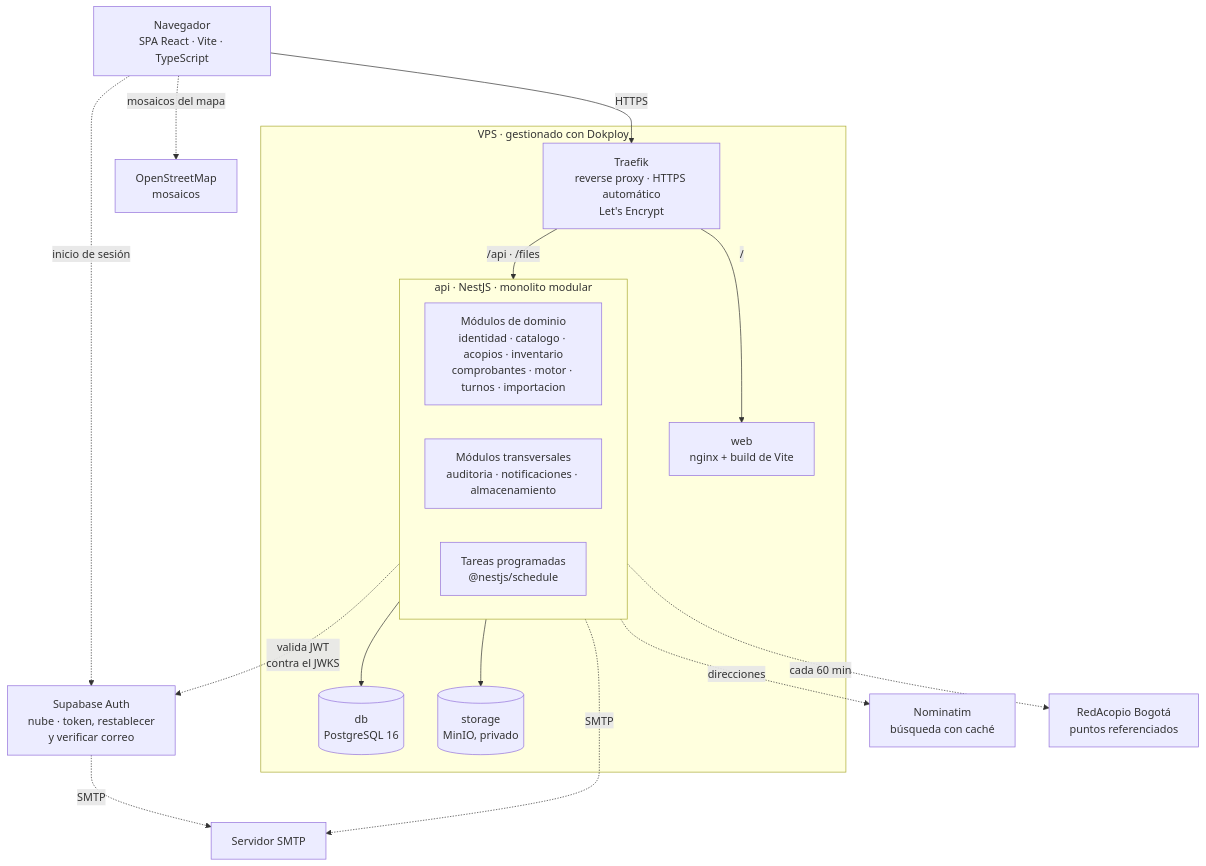
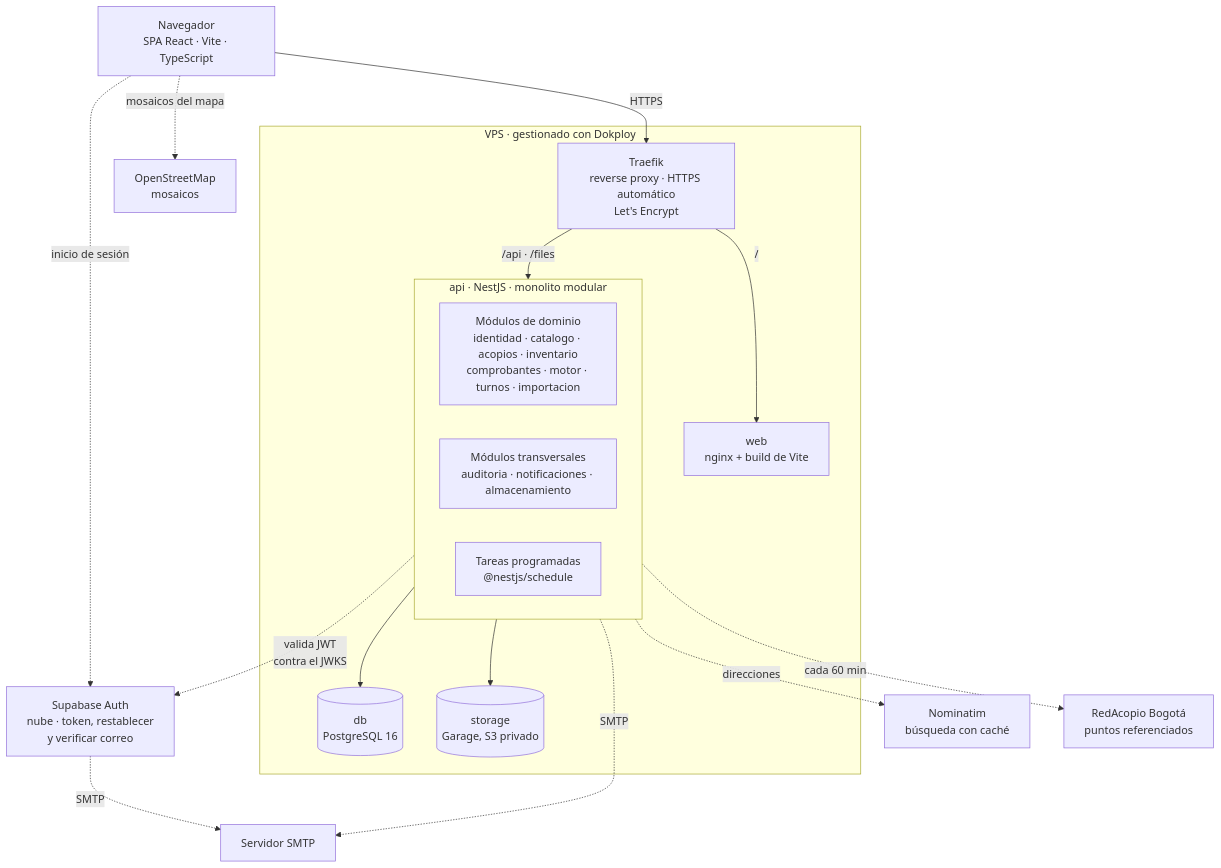
The second of 2 diagrams in docs/02-arquitectura/vista-general.md (Proyecto-IngSoftware/acopio), drawn with Mermaid before and after one commit. The commit also changed other lines of this file and 30 other files, not shown here.

First line of the commit message:
ADR-0012: almacenamiento con Garage en lugar de MinIO

````diff
--- a/docs/02-arquitectura/vista-general.md
+++ b/docs/02-arquitectura/vista-general.md
@@ -49,31 +49,31 @@
 ```mermaid
 flowchart TB
     Cliente["Navegador<br/>SPA React · Vite · TypeScript"] -->|HTTPS| Traefik
     Cliente -.->|"inicio de sesión"| SupabaseAuth["Supabase Auth<br/>nube · token, restablecer<br/>y verificar correo"]
     Cliente -.->|"mosaicos del mapa"| OSM["OpenStreetMap<br/>mosaicos"]
 
     subgraph VPS["VPS · gestionado con Dokploy"]
         Traefik["Traefik<br/>reverse proxy · HTTPS automático<br/>Let's Encrypt"]
         Web["web<br/>nginx + build de Vite"]
 
         subgraph API["api · NestJS · monolito modular"]
             Dominio["Módulos de dominio<br/>identidad · catalogo · acopios · inventario<br/>comprobantes · motor · turnos · importacion"]
             Transversales["Módulos transversales<br/>auditoria · notificaciones · almacenamiento"]
             Tareas["Tareas programadas<br/>@nestjs/schedule"]
         end
 
         DB[("db<br/>PostgreSQL 16")]
-        Storage[("storage<br/>MinIO, privado")]
+        Storage[("storage<br/>Garage, S3 privado")]
 
         Traefik -->|"/"| Web
         Traefik -->|"/api · /files"| API
         API --> DB
         API --> Storage
     end
 
     API -.->|"valida JWT<br/>contra el JWKS"| SupabaseAuth
     API -.->|SMTP| SMTP["Servidor SMTP"]
     SupabaseAuth -.->|SMTP| SMTP
     API -.->|"direcciones"| Nominatim["Nominatim<br/>búsqueda con caché"]
     API -.->|"cada 60 min"| RedAcopio["RedAcopio Bogotá<br/>puntos referenciados"]
 ```
````
